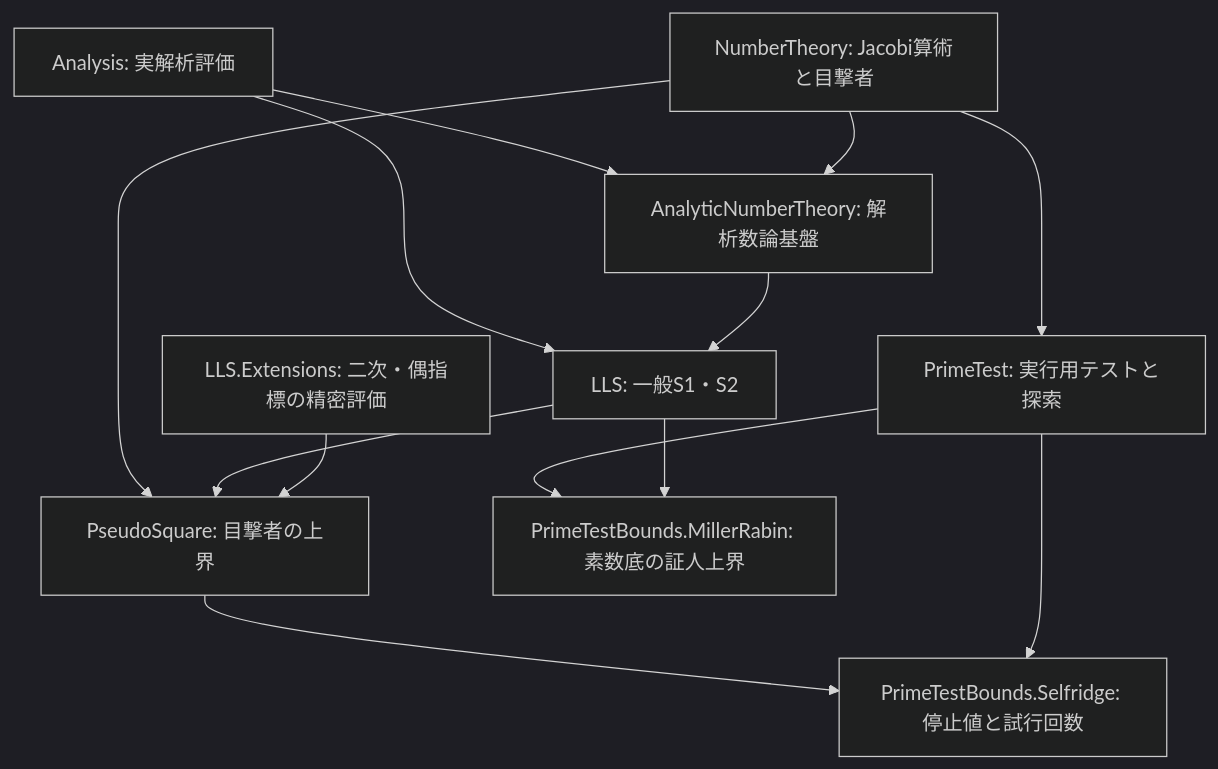
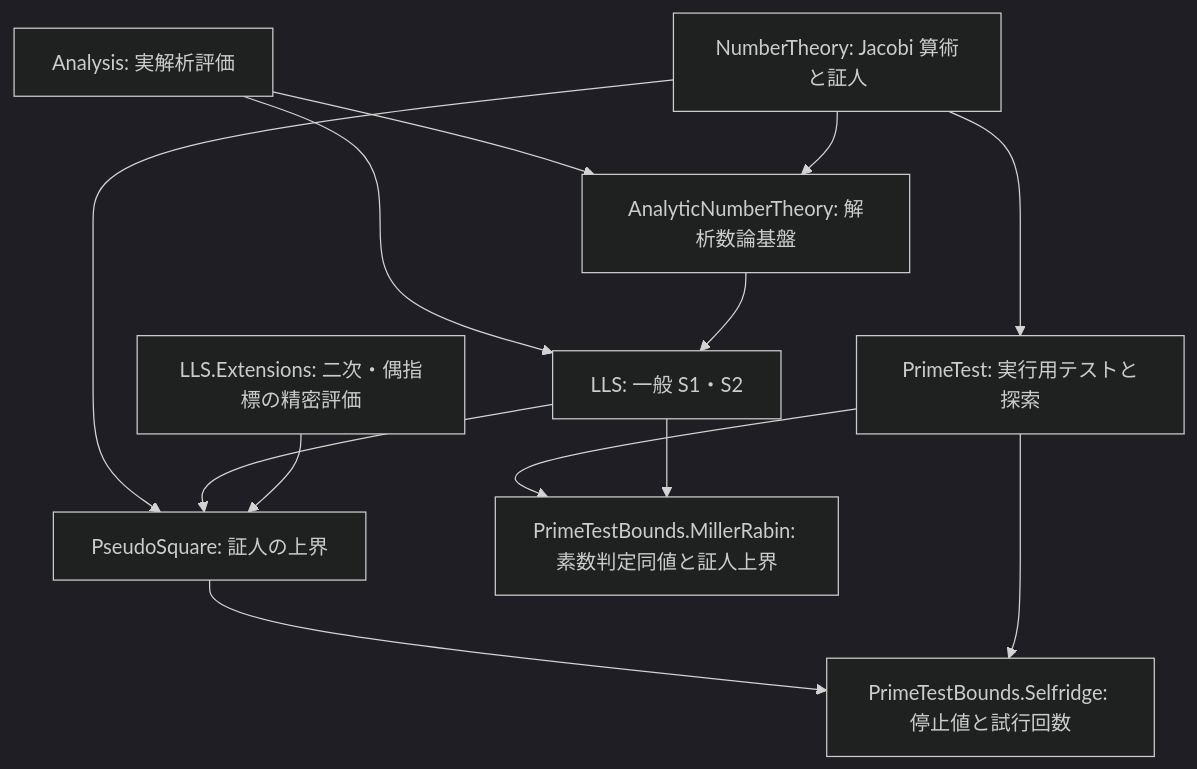
One commit to mizar/PseudoPrimeLean changed the diagram in doc/README.md. Above: the diagram before and after it, drawn with Mermaid (dark theme). The commit also changed other lines of this file and 11 other files, not shown here.

````diff
--- a/doc/README.md
+++ b/doc/README.md
@@ -23,15 +22,15 @@
 ```mermaid
 flowchart TD
   A[Analysis: 実解析評価] --> ANT[AnalyticNumberTheory: 解析数論基盤]
-  A --> LLS[LLS: 一般S1・S2]
-  NT[NumberTheory: Jacobi算術と目撃者] --> ANT
+  A --> LLS[LLS: 一般 S1・S2]
+  NT[NumberTheory: Jacobi 算術と証人] --> ANT
   ANT --> LLS
-  NT --> PS[PseudoSquare: 目撃者の上界]
+  NT --> PS[PseudoSquare: 証人の上界]
   LLS --> PS
   EXT[LLS.Extensions: 二次・偶指標の精密評価] --> PS
   NT --> PT[PrimeTest: 実行用テストと探索]
   PS --> SB[PrimeTestBounds.Selfridge: 停止値と試行回数]
   PT --> SB
-  PT --> MR[PrimeTestBounds.MillerRabin: 素数底の証人上界]
+  PT --> MR[PrimeTestBounds.MillerRabin: 素数判定同値と証人上界]
   LLS --> MR
 ```
````
